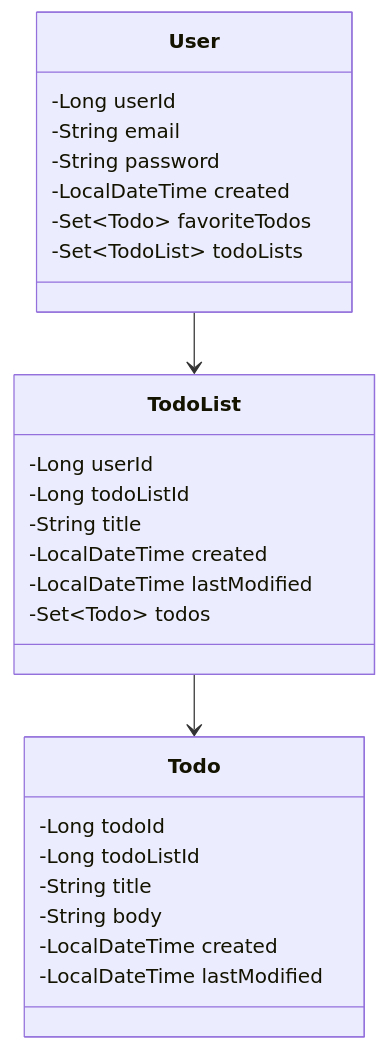
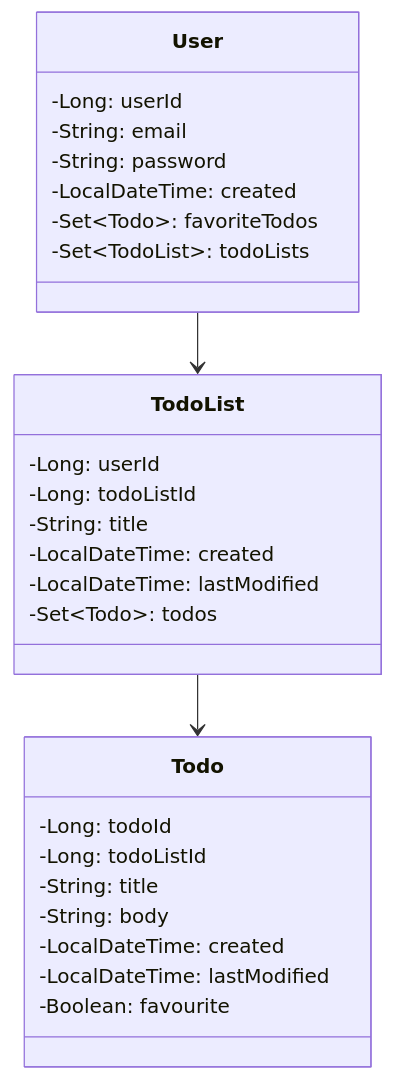
One commit to evans-p/todo-full-stack-app-backend changed the diagram in README.md. Above: the diagram before and after it, drawn with Mermaid. The commit also changed other lines of this file, not shown here.

````diff
--- a/README.md
+++ b/README.md
@@ -10,29 +13,30 @@
 ```mermaid
 classDiagram
     class User {
-        -Long userId
-        -String email
-        -String password
-        -LocalDateTime created
-        -Set~Todo~ favoriteTodos
-        -Set~TodoList~ todoLists
+        -Long: userId
+        -String: email
+        -String: password
+        -LocalDateTime: created
+        -Set~Todo~: favoriteTodos
+        -Set~TodoList~: todoLists
     }
     class TodoList {
-        -Long userId
-        -Long todoListId
-        -String title
-        -LocalDateTime created
-        -LocalDateTime lastModified
-        -Set~Todo~ todos
+        -Long: userId
+        -Long: todoListId
+        -String: title
+        -LocalDateTime: created
+        -LocalDateTime: lastModified
+        -Set~Todo~: todos
     }
     class Todo {
-        -Long todoId
-        -Long todoListId
-        -String title
-        -String body
-        -LocalDateTime created
-        -LocalDateTime lastModified
+        -Long: todoId
+        -Long: todoListId
+        -String: title
+        -String: body
+        -LocalDateTime: created
+        -LocalDateTime: lastModified
+        -Boolean: favourite
     }
     User --> TodoList
     TodoList --> Todo
 ```
````
